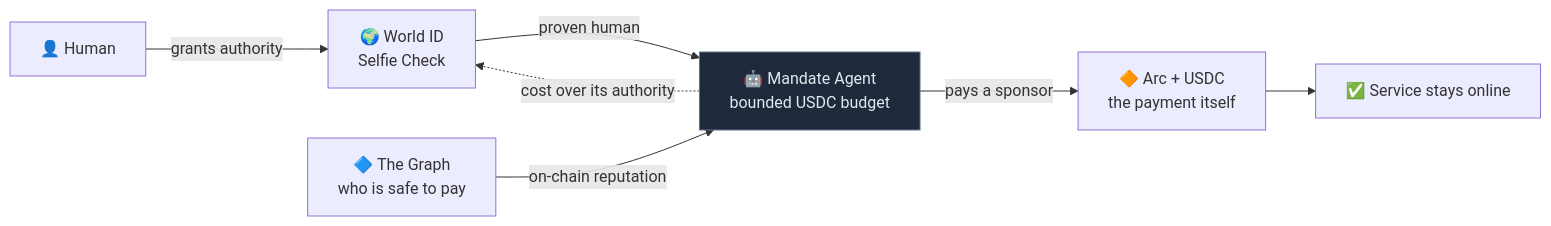
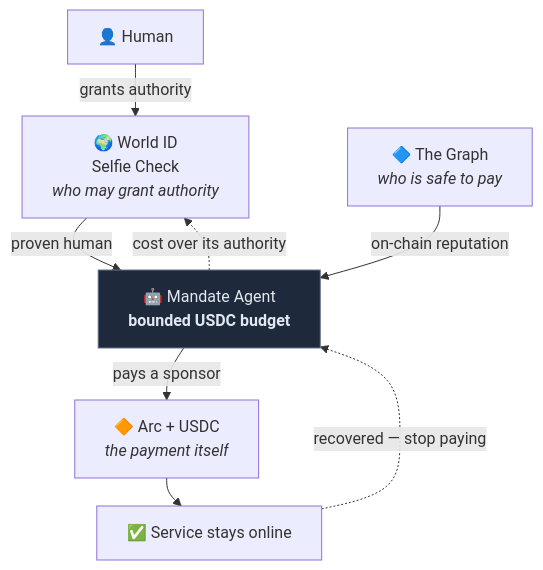
Before and after one commit to altaga/Mandate: the first of 4 diagrams in README.md, drawn with Mermaid.

Commit message:
docs: square up the top architecture diagram
The LR version rendered 2320x334 — a 7:1 strip that either shrinks to
unreadable or forces a sideways scroll on a narrow viewport. Switched to
TB with the two sponsors sharing a rank, and tuned rankSpacing/nodeSpacing
so it lands at 300x315 (0.95:1). Measured by rendering it, not guessed.

The vertical layout also bought room for the recovery edge, so the loop
now closes: the agent stops paying once the service is back. That is the
half of the story a one-way chain could not show.

Claude-Session: https://claude.ai/code/session_017EE4xXaVZqtdAdnqi4dpnU

````diff
--- a/README.md
+++ b/README.md
@@ -13,18 +13,13 @@
 ```mermaid
-graph LR
-  Human["👤 Human"]
-  World["🌍 World ID<br/>Selfie Check"]
-  Agent["🤖 Mandate Agent<br/>bounded USDC budget"]
-  Graph["🔷 The Graph<br/>who is safe to pay"]
-  Arc["🔶 Arc + USDC<br/>the payment itself"]
-  Service["✅ Service stays online"]
-
-  Human -->|"grants authority"| World
+%%{init: {'flowchart': {'rankSpacing': 28, 'nodeSpacing': 90}}}%%
+graph TB
+  Human["👤 Human"] -->|"grants authority"| World["🌍 World ID<br/>Selfie Check<br/><i>who may grant authority</i>"]
   World -->|"proven human"| Agent
-  Graph -->|"on-chain reputation"| Agent
-  Agent -->|"pays a sponsor"| Arc
-  Arc --> Service
+  Graph["🔷 The Graph<br/><i>who is safe to pay</i>"] -->|"on-chain reputation"| Agent["🤖 Mandate Agent<br/><b>bounded USDC budget</b>"]
+  Agent -->|"pays a sponsor"| Arc["🔶 Arc + USDC<br/><i>the payment itself</i>"]
   Agent -.->|"cost over its authority"| World
+  Arc --> Service["✅ Service stays online"]
+  Service -.->|"recovered — stop paying"| Agent
 
   style Agent fill:#1e293b,stroke:#64748b,color:#e2e8f0
 ```
````
